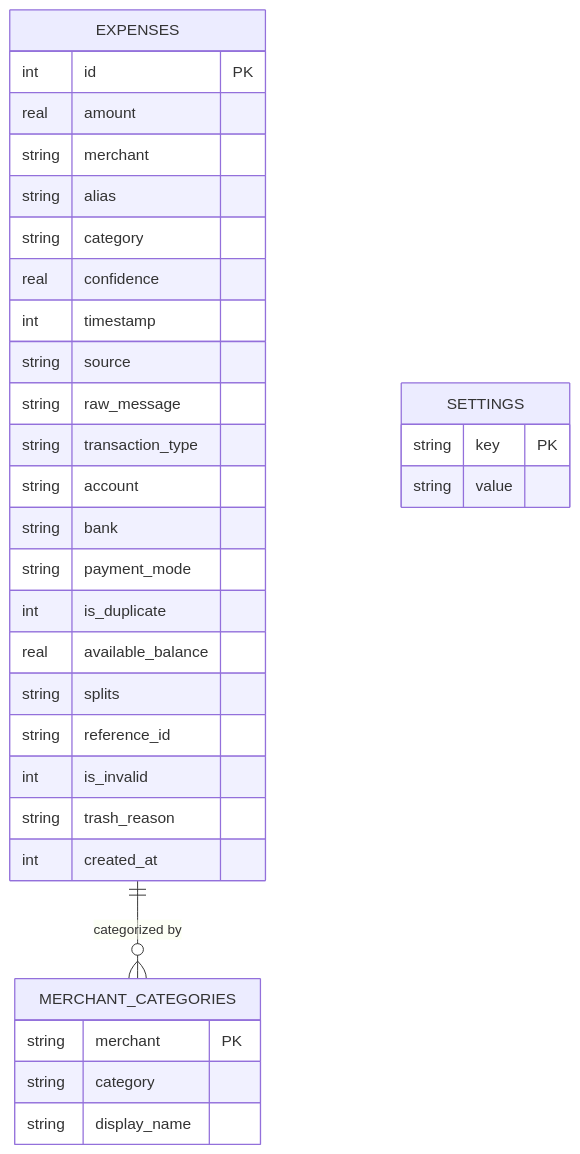
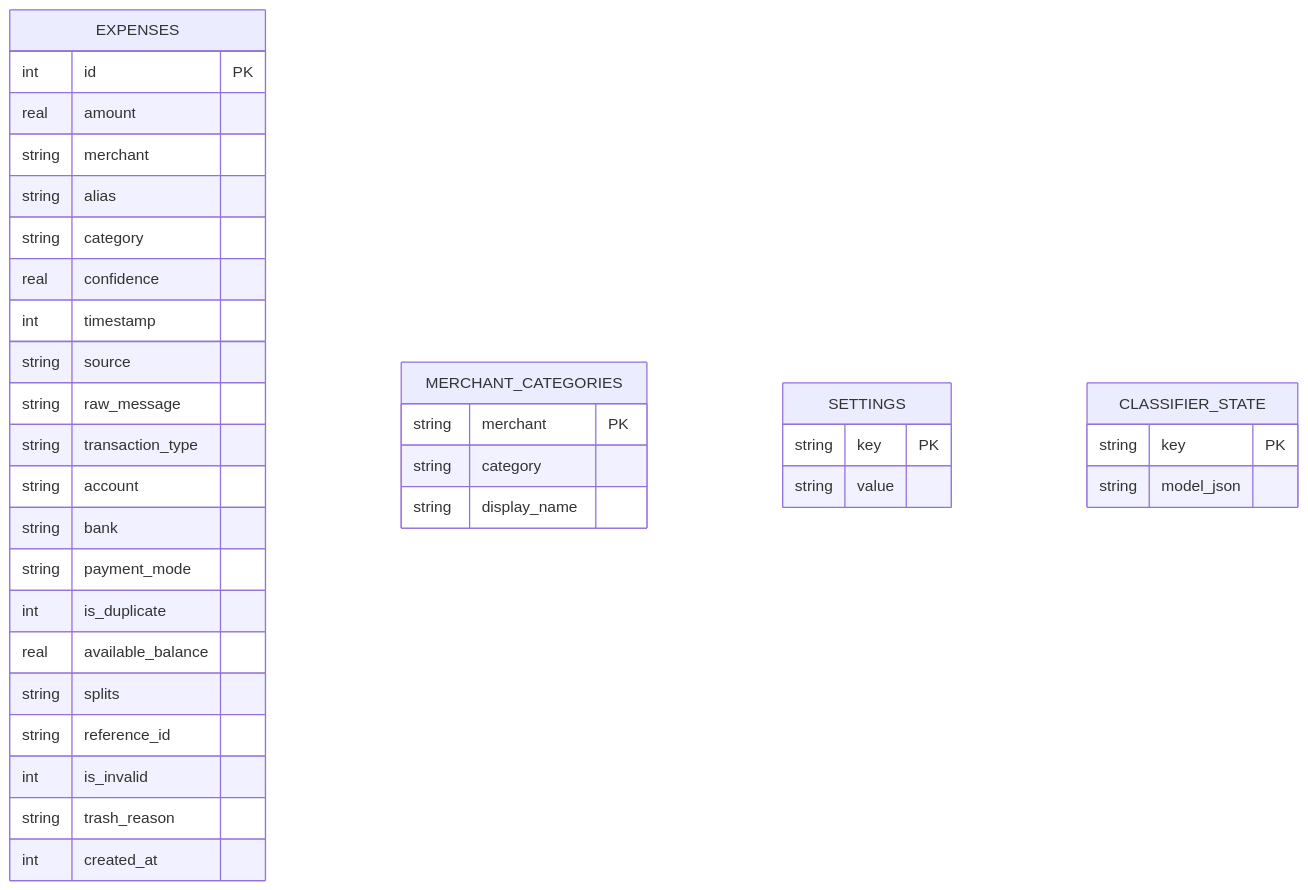
Before and after one commit to GangSagar/expenses-tracker-app: the fourth of 4 diagrams in docs/ARCHITECTURE.md, drawn with Mermaid. The commit also changed other lines of this file and 11 other files, not shown here.

Commit message:
refactor phase 9: update architecture documentation and docs to reflect v2.0 local AI hybrid orchestration and codebase restructuring

````diff
--- a/docs/ARCHITECTURE.md
+++ b/docs/ARCHITECTURE.md
@@ -333,38 +324,41 @@
 ```mermaid
 erDiagram
     EXPENSES {
         int id PK
         real amount
         string merchant
         string alias
         string category
         real confidence
         int timestamp
         string source
         string raw_message
         string transaction_type
         string account
         string bank
         string payment_mode
         int is_duplicate
         real available_balance
         string splits
         string reference_id
         int is_invalid
         string trash_reason
         int created_at
     }
 
     MERCHANT_CATEGORIES {
         string merchant PK
         string category
         string display_name
     }
 
     SETTINGS {
         string key PK
         string value
     }
 
-    EXPENSES ||--o{ MERCHANT_CATEGORIES : "categorized by"
+    CLASSIFIER_STATE {
+        string key PK
+        string model_json
+    }
 ```
````
